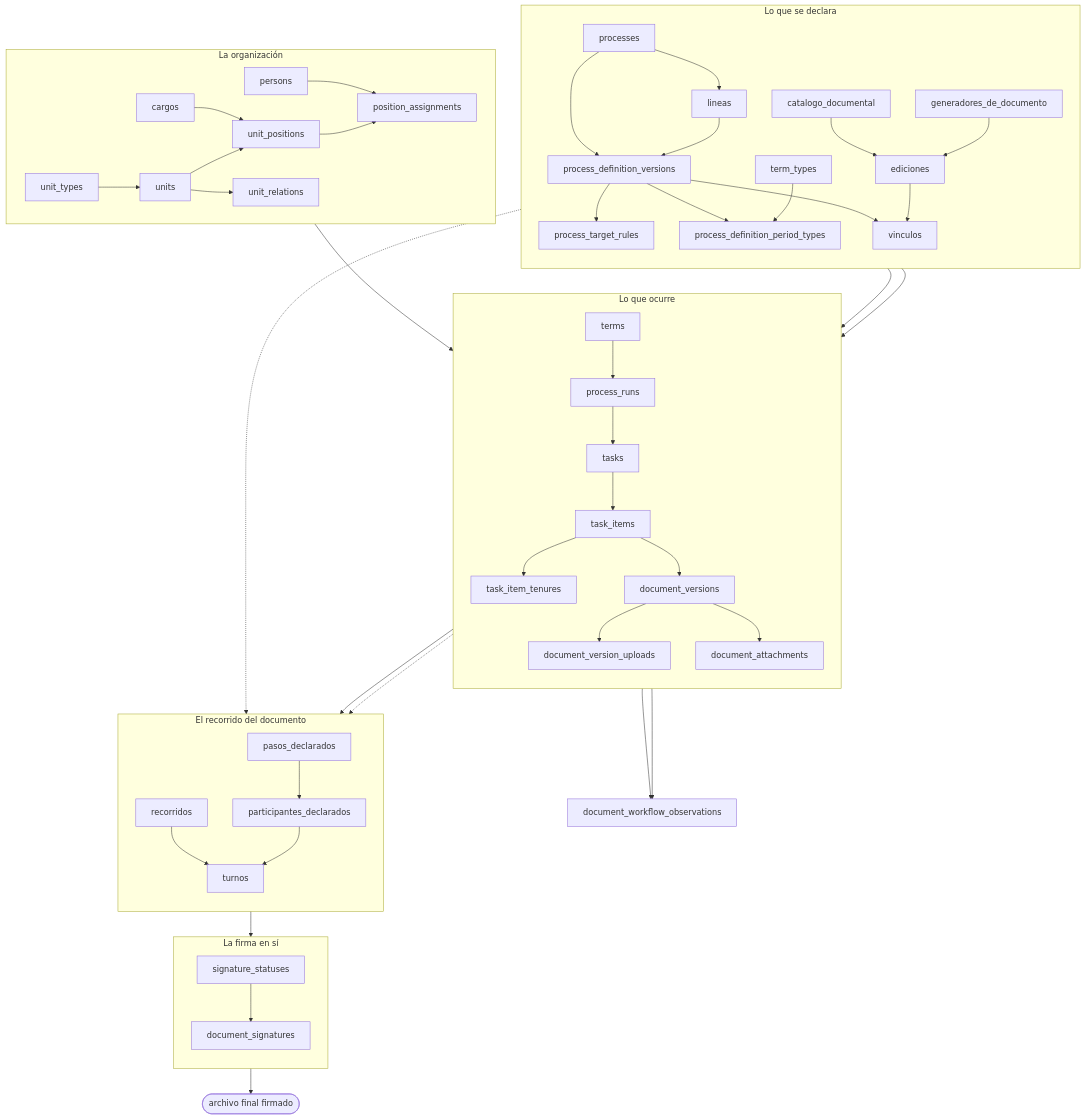
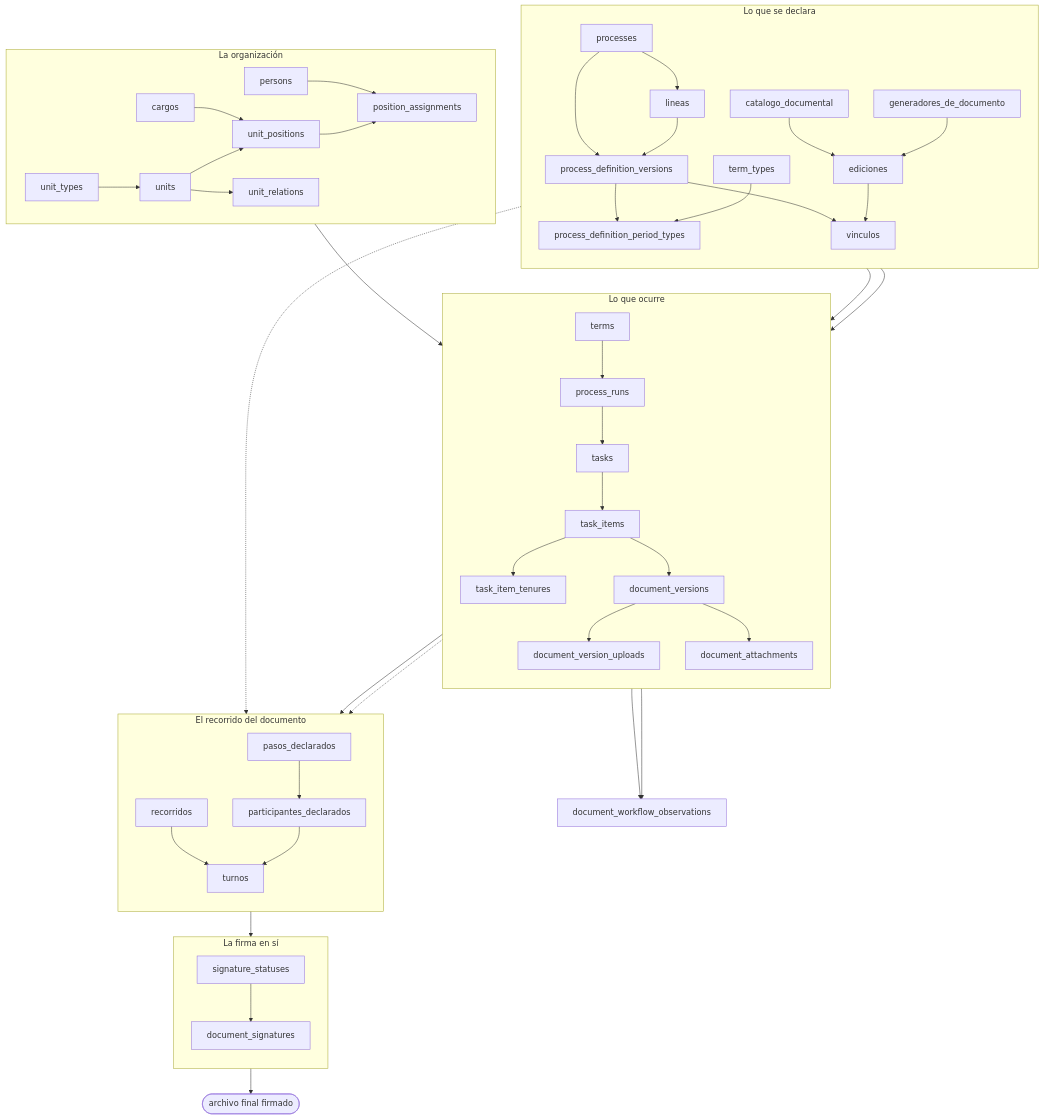
Before and after one commit to fresvel/deasy: the diagram in docs/src/content/docs/modelo/mapa-completo.md, drawn with Mermaid. The commit also changed 56 other files, not shown here.

````diff
--- a/docs/src/content/docs/modelo/mapa-completo.md
+++ b/docs/src/content/docs/modelo/mapa-completo.md
@@ -22,60 +22,59 @@
 ```mermaid
 flowchart TB
   subgraph ORG["La organización"]
     direction LR
     UT["unit_types"] --> U["units"]
     U --> UP["unit_positions"]
     C["cargos"] --> UP
     UP --> PA["position_assignments"]
     P["persons"] --> PA
     U --> UR["unit_relations"]
   end
 
   subgraph DECL["Lo que se declara"]
     direction TB
     PR["processes"] --> PDV["process_definition_versions"]
     PR --> LIN["lineas"]
     LIN --> PDV
-    PDV --> PTR["process_target_rules"]
     PDV --> PDPT["process_definition_period_types"]
     TT["term_types"] --> PDPT
     DEL["catalogo_documental"] --> TA["ediciones"]
     GEN["generadores_de_documento"] --> TA
     PDV --> PDT["vinculos"]
     TA --> PDT
   end
 
   subgraph EJEC["Lo que ocurre"]
     direction TB
     PDV --> RUN["process_runs"]
     TERM["terms"] --> RUN
     RUN --> T["tasks"]
     T --> TI["task_items"]
     PDT --> TI
     UP --> TI
     TI --> TEN["task_item_tenures"]
     TI --> DV["document_versions"]
     DV --> DVU["document_version_uploads"]
     DV --> DA["document_attachments"]
   end
 
   subgraph REC["El recorrido del documento"]
     direction TB
     PASO["pasos_declarados"] --> PART["participantes_declarados"]
     RECO["recorridos"] --> TUR["turnos"]
     PART --> TUR
   end
 
   subgraph FIR["La firma en sí"]
     direction TB
     TUR --> DS["document_signatures"]
     SS["signature_statuses"] --> DS
   end
 
   TA -.-> PASO
   TI -.-> PASO
   DV --> RECO
   DS --> FIN(["archivo final firmado"])
   TI --> OBS["document_workflow_observations"]
   DV --> OBS
 ```
````
